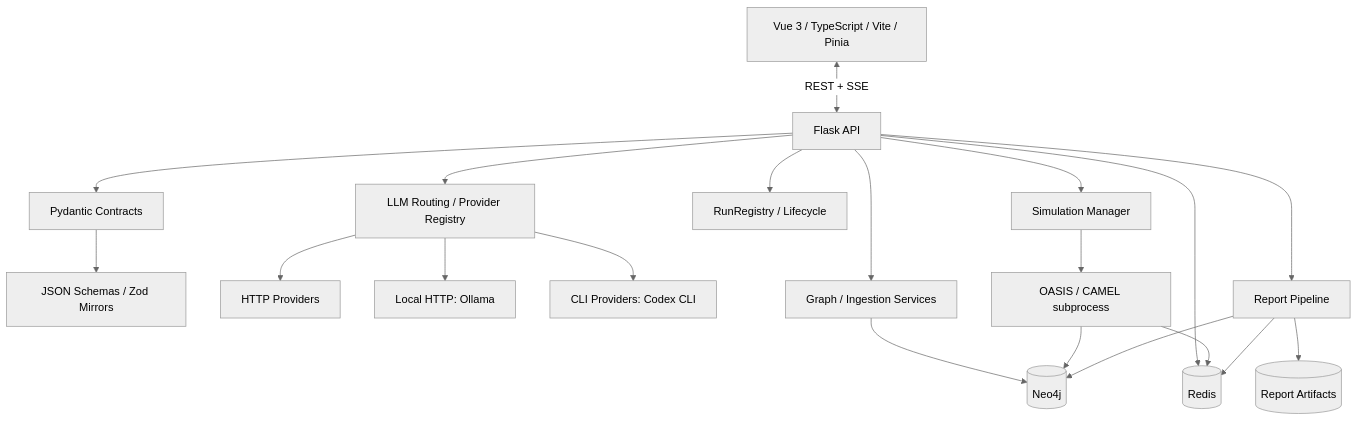
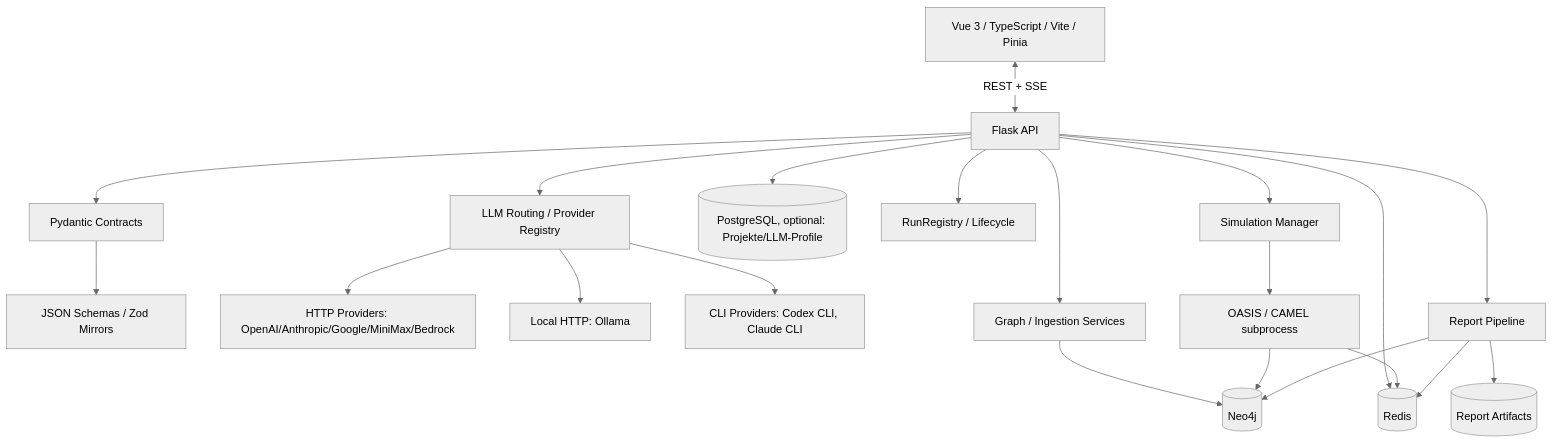
Before and after one commit to arn0ld87/agora: the diagram in docs/architecture.md, drawn with Mermaid (neutral theme). The commit also changed other lines of this file and 21 other files, not shown here.

````diff
--- a/docs/architecture.md
+++ b/docs/architecture.md
@@ -51,27 +51,29 @@
 ```mermaid
 graph TD
     UI[Vue 3 / TypeScript / Vite / Pinia] <-->|REST + SSE| API[Flask API]
     API --> CONTRACTS[Pydantic Contracts]
     CONTRACTS --> ZOD[JSON Schemas / Zod Mirrors]
 
     API --> ROUTING[LLM Routing / Provider Registry]
-    ROUTING --> HTTP[HTTP Providers]
+    ROUTING --> HTTP[HTTP Providers: OpenAI/Anthropic/Google/MiniMax/Bedrock]
     ROUTING --> LOCAL[Local HTTP: Ollama]
-    ROUTING --> CLI[CLI Providers: Codex CLI]
+    ROUTING --> CLI[CLI Providers: Codex CLI, Claude CLI]
+
+    API --> PG[(PostgreSQL, optional: Projekte/LLM-Profile)]
 
     API --> GRAPH[Graph / Ingestion Services]
     GRAPH --> NEO[(Neo4j)]
 
     API --> RUNS[RunRegistry / Lifecycle]
     API --> REDIS[(Redis)]
 
     API --> SIM[Simulation Manager]
     SIM --> OASIS[OASIS / CAMEL subprocess]
     OASIS --> REDIS
     OASIS --> NEO
 
     API --> REPORT[Report Pipeline]
     REPORT --> NEO
     REPORT --> REDIS
     REPORT --> FILES[(Report Artifacts)]
 ```
````
